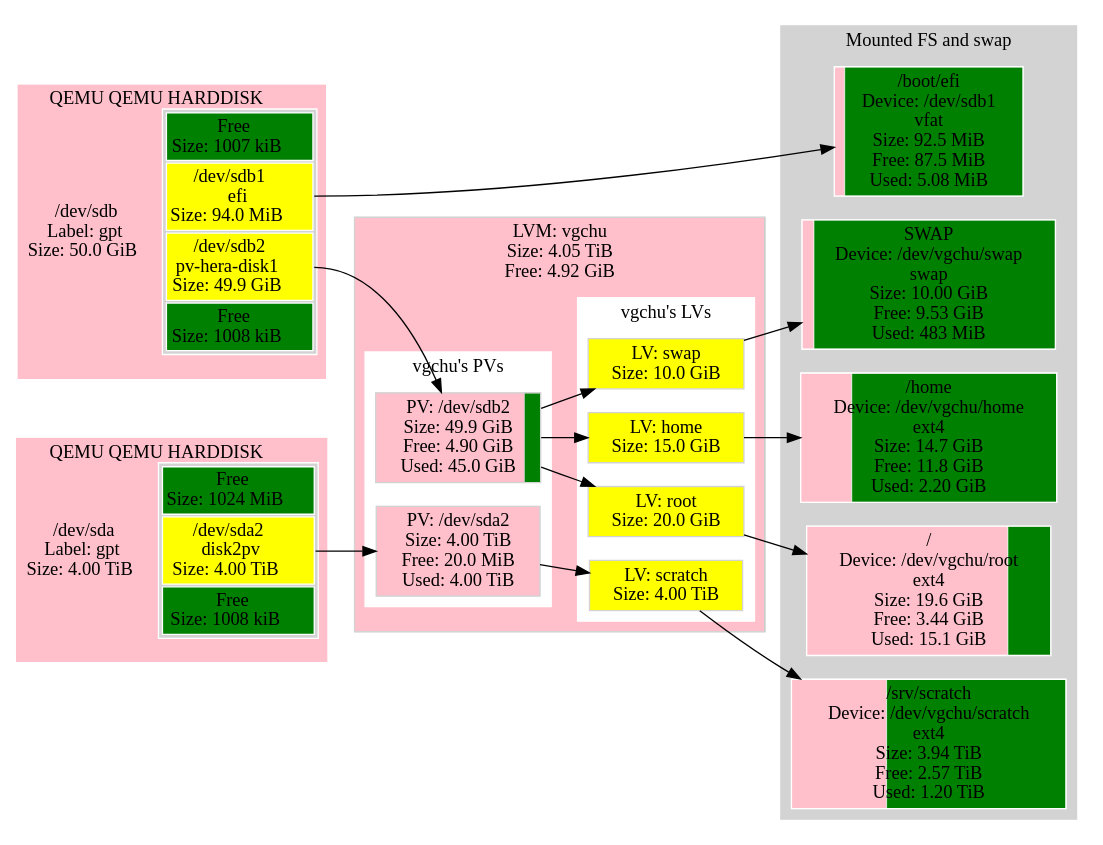
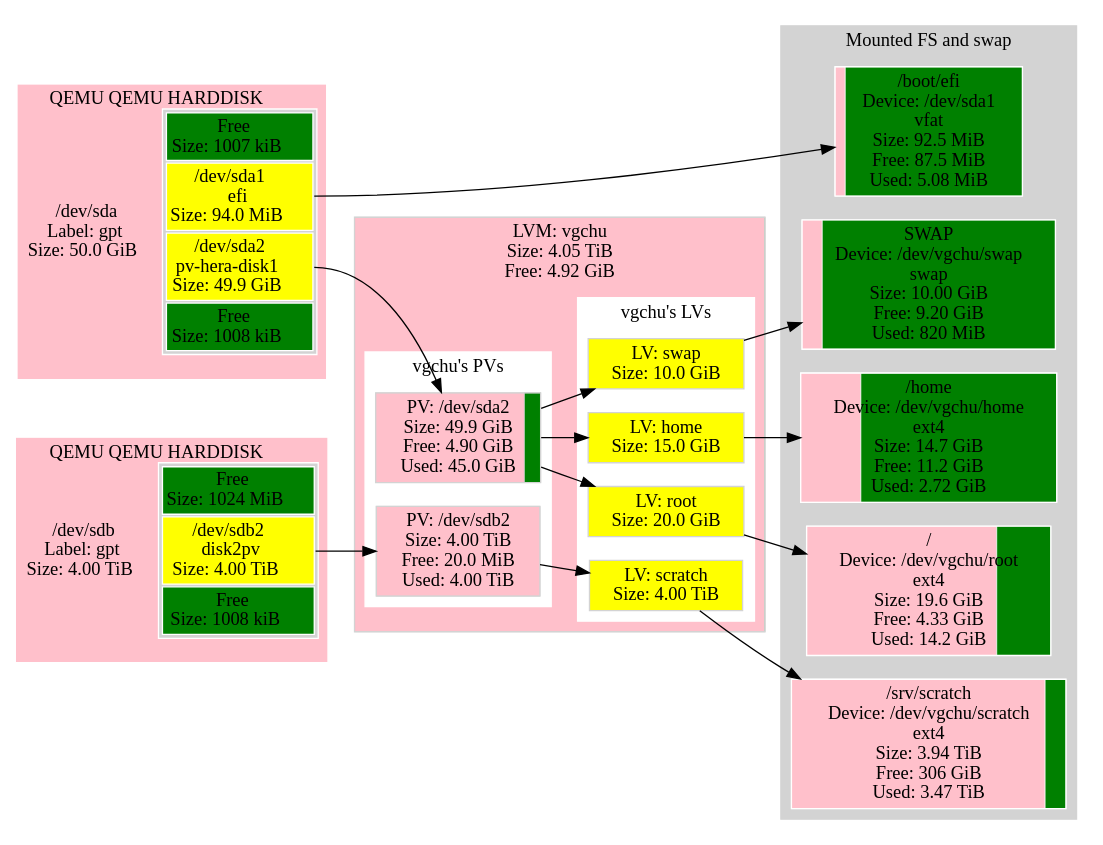
The diagram in distros/S/StorageDisplay/data/ge95142-vm1.ref.dot (metacpan/metacpan-cpan-extracted), drawn with Graphviz before and after one commit. The commit also changed 1802 other files, not shown here.

```diff
--- a/distros/S/StorageDisplay/data/ge95142-vm1.ref.dot
+++ b/distros/S/StorageDisplay/data/ge95142-vm1.ref.dot
@@ -1,163 +1,163 @@
 digraph "machine"{
 	rankdir=LR;
 	{ "@Part: sda" [
 		label=<<TABLE BORDER="0" CELLPADDING="0" CELLSPACING="0">
-				<TR> <TD COLSPAN="2">QEMU QEMU HARDDISK</TD> </TR><TR><TD >/dev/sda<BR/>Label: gpt<BR/>Size: 4.00 TiB</TD>    <TD BGCOLOR="lightgrey">
+				<TR> <TD COLSPAN="2">QEMU QEMU HARDDISK</TD> </TR><TR><TD >/dev/sda<BR/>Label: gpt<BR/>Size: 50.0 GiB</TD>    <TD BGCOLOR="lightgrey">
+				<TABLE >
+					<TR>
+						<TD bgcolor="green">
+						Free<BR/>Size: 1007 kiB
+						</TD>
+					</TR>
+					<TR>
+						<TD PORT="1" BGCOLOR="yellow">
+						/dev/sda1<BR/>efi<BR/>Size: 94.0 MiB
+						</TD>
+					</TR>
+					<TR>
+						<TD PORT="2" BGCOLOR="yellow">
+						/dev/sda2<BR/>pv-hera-disk1<BR/>Size: 49.9 GiB
+						</TD>
+					</TR>
+					<TR>
+						<TD bgcolor="green">
+						Free<BR/>Size: 1008 kiB
+						</TD>
+					</TR>
+				</TABLE>
+				</TD> </TR><TR> <TD COLSPAN="2"> </TD> </TR>
+			</TABLE>
+		>;
+		// Style node
+		color=white;
+		fillcolor=lightgrey;
+		shape="rectangle";
+		style=striped;
+		fillcolor="green;0.000019:pink;0.001836:pink;0.998125:green;0.000019";
+	]; }
+	{ "@Part: sdb" [
+		label=<<TABLE BORDER="0" CELLPADDING="0" CELLSPACING="0">
+				<TR> <TD COLSPAN="2">QEMU QEMU HARDDISK</TD> </TR><TR><TD >/dev/sdb<BR/>Label: gpt<BR/>Size: 4.00 TiB</TD>    <TD BGCOLOR="lightgrey">
 				<TABLE >
 					<TR>
 						<TD bgcolor="green">
 						Free<BR/>Size: 1024 MiB
 						</TD>
 					</TR>
 					<TR>
 						<TD PORT="2" BGCOLOR="yellow">
-						/dev/sda2<BR/>disk2pv<BR/>Size: 4.00 TiB
+						/dev/sdb2<BR/>disk2pv<BR/>Size: 4.00 TiB
 						</TD>
 					</TR>
 					<TR>
 						<TD bgcolor="green">
 						Free<BR/>Size: 1008 kiB
 						</TD>
 					</TR>
 				</TABLE>
 				</TD> </TR><TR> <TD COLSPAN="2"> </TD> </TR>
 			</TABLE>
 		>;
 		// Style node
 		color=white;
 		fillcolor=lightgrey;
 		shape="rectangle";
 		style=striped;
 		fillcolor="green;0.000244:pink;0.999756:green;0.000000";
 	]; }
-	{ "@Part: sdb" [
-		label=<<TABLE BORDER="0" CELLPADDING="0" CELLSPACING="0">
-				<TR> <TD COLSPAN="2">QEMU QEMU HARDDISK</TD> </TR><TR><TD >/dev/sdb<BR/>Label: gpt<BR/>Size: 50.0 GiB</TD>    <TD BGCOLOR="lightgrey">
-				<TABLE >
-					<TR>
-						<TD bgcolor="green">
-						Free<BR/>Size: 1007 kiB
-						</TD>
-					</TR>
-					<TR>
-						<TD PORT="1" BGCOLOR="yellow">
-						/dev/sdb1<BR/>efi<BR/>Size: 94.0 MiB
-						</TD>
-					</TR>
-					<TR>
-						<TD PORT="2" BGCOLOR="yellow">
-						/dev/sdb2<BR/>pv-hera-disk1<BR/>Size: 49.9 GiB
-						</TD>
-					</TR>
-					<TR>
-						<TD bgcolor="green">
-						Free<BR/>Size: 1008 kiB
-						</TD>
-					</TR>
-				</TABLE>
-				</TD> </TR><TR> <TD COLSPAN="2"> </TD> </TR>
-			</TABLE>
-		>;
-		// Style node
-		color=white;
-		fillcolor=lightgrey;
-		shape="rectangle";
-		style=striped;
-		fillcolor="green;0.000019:pink;0.001836:pink;0.998125:green;0.000019";
-	]; }
 	subgraph "cluster_vgchu" {
 		style=filled;
 		color=lightgrey;
 		fillcolor=lightgrey;
 		node [style=filled,color=lightgrey,fillcolor=lightgrey,shape=rectangle];
 		subgraph "cluster_vgchu@PV" {
 			color=white;
 			fillcolor=white;
 			{ "LVM@vgchu@PV@sda2" [
-				label="PV: /dev/sda2\nSize: 4.00 TiB\nFree: 20.0 MiB\nUsed: 4.00 TiB";
-				style=striped;fillcolor="pink;0.999995.2:green"
+				label="PV: /dev/sda2\nSize: 49.9 GiB\nFree: 4.90 GiB\nUsed: 45.0 GiB";
+				style=striped;fillcolor="pink;0.901761.2:green"
 			]; }
 			{ "LVM@vgchu@PV@sdb2" [
-				label="PV: /dev/sdb2\nSize: 49.9 GiB\nFree: 4.90 GiB\nUsed: 45.0 GiB";
-				style=striped;fillcolor="pink;0.901761.2:green"
+				label="PV: /dev/sdb2\nSize: 4.00 TiB\nFree: 20.0 MiB\nUsed: 4.00 TiB";
+				style=striped;fillcolor="pink;0.999995.2:green"
 			]; }
 			label="vgchu's PVs";
 		}
 		subgraph "cluster_vgchu@LV" {
 			color=white;
 			fillcolor=white;
 			{ "dm-2" [
 				label="LV: home\nSize: 15.0 GiB";
 				fillcolor="yellow"
 			]; }
 			{ "dm-0" [
 				label="LV: root\nSize: 20.0 GiB";
 				fillcolor="yellow"
 			]; }
 			{ "dm-3" [
 				label="LV: scratch\nSize: 4.00 TiB";
 				fillcolor="yellow"
 			]; }
 			{ "dm-1" [
 				label="LV: swap\nSize: 10.0 GiB";
 				fillcolor="yellow"
 			]; }
 			label="vgchu's LVs";
 		}
 		label="LVM: vgchu\nSize: 4.05 TiB\nFree: 4.92 GiB";
 		style=striped;fillcolor="pink;0.998813.2:green"
 	}
 	subgraph "cluster_@FS" {
 		style=filled;
 		color=lightgrey;
 		fillcolor=lightgrey;
 		node [style=filled,color=white,fillcolor=lightgrey,shape=rectangle];
 		{ "@FS@SWAP" [
-			label="SWAP\nDevice: /dev/vgchu/swap\nswap\nSize: 10.00 GiB\nFree: 9.53 GiB\nUsed: 483 MiB";
-			style=striped;fillcolor="pink;0.047129.2:green"
+			label="SWAP\nDevice: /dev/vgchu/swap\nswap\nSize: 10.00 GiB\nFree: 9.20 GiB\nUsed: 820 MiB";
+			style=striped;fillcolor="pink;0.080078.2:green"
 		]; }
 		{ "@FS@/home" [
-			label="/home\nDevice: /dev/vgchu/home\next4\nSize: 14.7 GiB\nFree: 11.8 GiB\nUsed: 2.20 GiB";
-			style=striped;fillcolor="pink;0.199514.2:green"
+			label="/home\nDevice: /dev/vgchu/home\next4\nSize: 14.7 GiB\nFree: 11.2 GiB\nUsed: 2.72 GiB";
+			style=striped;fillcolor="pink;0.235174.2:green"
 		]; }
 		{ "@FS@/" [
-			label="/\nDevice: /dev/vgchu/root\next4\nSize: 19.6 GiB\nFree: 3.44 GiB\nUsed: 15.1 GiB";
-			style=striped;fillcolor="pink;0.824250.2:green"
+			label="/\nDevice: /dev/vgchu/root\next4\nSize: 19.6 GiB\nFree: 4.33 GiB\nUsed: 14.2 GiB";
+			style=striped;fillcolor="pink;0.778672.2:green"
 		]; }
 		{ "@FS@/srv/scratch" [
-			label="/srv/scratch\nDevice: /dev/vgchu/scratch\next4\nSize: 3.94 TiB\nFree: 2.57 TiB\nUsed: 1.20 TiB";
-			style=striped;fillcolor="pink;0.346615.2:green"
+			label="/srv/scratch\nDevice: /dev/vgchu/scratch\next4\nSize: 3.94 TiB\nFree: 306 GiB\nUsed: 3.47 TiB";
+			style=striped;fillcolor="pink;0.924037.2:green"
 		]; }
 		{ "@FS@/boot/efi" [
-			label="/boot/efi\nDevice: /dev/sdb1\nvfat\nSize: 92.5 MiB\nFree: 87.5 MiB\nUsed: 5.08 MiB";
-			style=striped;fillcolor="pink;0.054866.2:green"
+			label="/boot/efi\nDevice: /dev/sda1\nvfat\nSize: 92.5 MiB\nFree: 87.5 MiB\nUsed: 5.08 MiB";
+			style=striped;fillcolor="pink;0.054908.2:green"
 		]; }
 		label="Mounted FS and swap";
 	}
 	subgraph "cluster_@libvirt" {
 		style=filled;
 		color=lightgrey;
 		fillcolor=lightgrey;
 		node [style=filled,color=white,fillcolor=lightgrey,shape=rectangle];
 		label="Libvirt Virtual Machines";
 	}
 	// Links from LVM VG: vgchu
-	"LVM@vgchu@PV@sda2" -> "dm-3"
-	"LVM@vgchu@PV@sdb2" -> "dm-0"
-	"LVM@vgchu@PV@sdb2" -> "dm-1"
-	"LVM@vgchu@PV@sdb2" -> "dm-2"
+	"LVM@vgchu@PV@sda2" -> "dm-2"
+	"LVM@vgchu@PV@sda2" -> "dm-0"
+	"LVM@vgchu@PV@sdb2" -> "dm-3"
+	"LVM@vgchu@PV@sda2" -> "dm-1"
 	// Links for LVM@vgchu@PV@sda2
 	"@Part: sda":"2" -> "LVM@vgchu@PV@sda2"
 	// Links for LVM@vgchu@PV@sdb2
 	"@Part: sdb":"2" -> "LVM@vgchu@PV@sdb2"
 	// Links for @FS@SWAP
 	"dm-1" -> "@FS@SWAP"
 	// Links for @FS@/home
 	"dm-2" -> "@FS@/home"
 	// Links for @FS@/
 	"dm-0" -> "@FS@/"
 	// Links for @FS@/srv/scratch
 	"dm-3" -> "@FS@/srv/scratch"
 	// Links for @FS@/boot/efi
-	"@Part: sdb":"1" -> "@FS@/boot/efi"
+	"@Part: sda":"1" -> "@FS@/boot/efi"
 }
```
